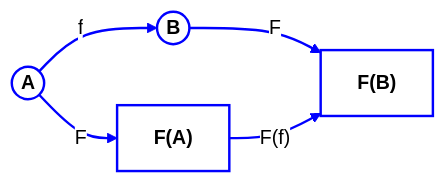
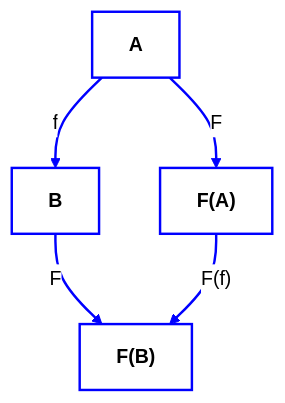
The first of 10 diagrams in posts/category-theory-functional-programming/index.qmd (antomon/antomon.github.io), drawn with Mermaid (neutral theme) before and after one commit. The commit also changed other lines of this file and 6 other files, not shown here.

````diff
--- a/posts/category-theory-functional-programming/index.qmd
+++ b/posts/category-theory-functional-programming/index.qmd
@@ -99,13 +99,13 @@
 ```{mermaid}
-%%| fig-cap: "The functor `F` maps objects `A` and `B` from category `C` to objects `F(A)` and `F(B)` in category `D`, while also mapping the morphism `f: A -> B` to `F(f): F(A) -> F(B)`"
 %%| fig-align: center
+%%| fig-cap: "The functor `F` maps objects `A` and `B` from category `C` to objects `F(A)` and `F(B)` in category `D`, while also mapping the morphism `f: A -> B` to `F(f): F(A) -> F(B)` "
 
-graph LR
+graph TD
   classDef default fill:#ffffff,stroke:#0000ff,stroke-width:2px,color:#000000,font-weight:bold
   linkStyle default stroke:#0000ff,stroke-width:2px,fill:none
 
-  A((A)) -->|"f"| B((B))
+  A["A"] -->|"f"| B["B"]
   A -->|"F"| FA["F(A)"]
   B -->|"F"| FB["F(B)"]
   FA -->|"F(f)"| FB
 ```
````
